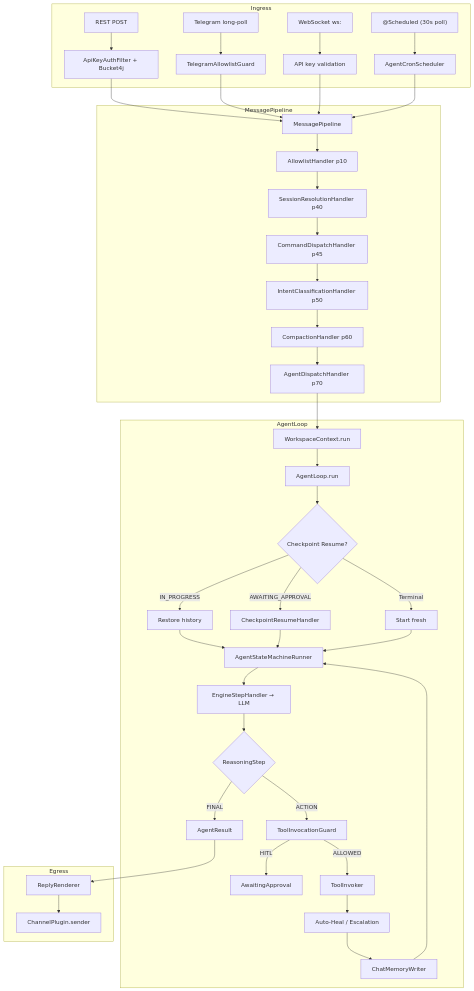
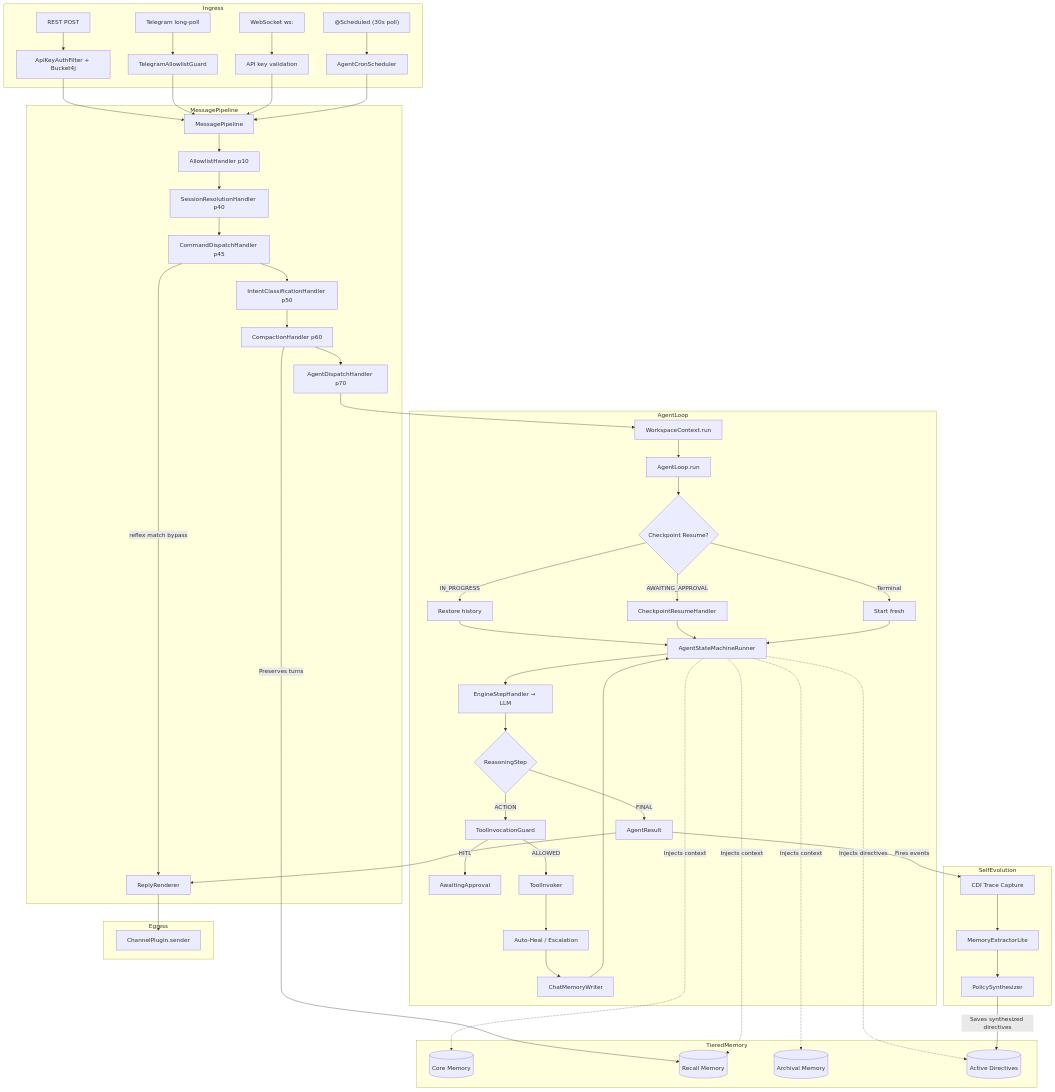
One commit to rsrini7/AmshaAgent changed the fifth of 5 diagrams in docs/ARCHITECTURE.md. Above: the diagram before and after it, drawn with Mermaid. The commit also changed other lines of this file and 15 other files, not shown here.

````diff
--- a/docs/ARCHITECTURE.md
+++ b/docs/ARCHITECTURE.md
@@ -975,48 +1019,69 @@
 ```mermaid
 graph TD
     subgraph Ingress
         REST[REST POST] --> AUTH[ApiKeyAuthFilter + Bucket4j]
         TG[Telegram long-poll] --> TGG[TelegramAllowlistGuard]
         WS[WebSocket ws:] --> WSA[API key validation]
         CRON["@Scheduled (30s poll)"] --> CRONP[AgentCronScheduler]
     end
 
     subgraph MessagePipeline
         AUTH --> MP[MessagePipeline]
         TGG --> MP
         WSA --> MP
         CRONP --> MP
         MP --> H10[AllowlistHandler p10]
         H10 --> H40[SessionResolutionHandler p40]
         H40 --> H45[CommandDispatchHandler p45]
         H45 --> H50[IntentClassificationHandler p50]
+        H45 -->|reflex match bypass| RENDER
         H50 --> H60[CompactionHandler p60]
         H60 --> H70[AgentDispatchHandler p70]
+    end
+
+    subgraph TieredMemory
+        Core[(Core Memory)]
+        Recall[(Recall Memory)]
+        Archival[(Archival Memory)]
+        Directives[(Active Directives)]
     end
 
     subgraph AgentLoop
         H70 --> WC[WorkspaceContext.run]
         WC --> AL[AgentLoop.run]
         AL --> CR{Checkpoint Resume?}
         CR -->|IN_PROGRESS| RESTORE[Restore history]
         CR -->|AWAITING_APPROVAL| CRH[CheckpointResumeHandler]
         CR -->|Terminal| FRESH[Start fresh]
         RESTORE --> SM[AgentStateMachineRunner]
         CRH --> SM
         FRESH --> SM
         SM --> LLM[EngineStepHandler → LLM]
         LLM --> RS{ReasoningStep}
         RS -->|FINAL| DONE[AgentResult]
         RS -->|ACTION| TIG[ToolInvocationGuard]
         TIG -->|HITL| PAUSE[AwaitingApproval]
         TIG -->|ALLOWED| INV[ToolInvoker]
         INV --> AH[Auto-Heal / Escalation]
         AH --> MEM[ChatMemoryWriter]
         MEM --> SM
     end
 
+    subgraph SelfEvolution
+        Trace[CDI Trace Capture] --> Ext[MemoryExtractorLite]
+        Ext --> Syn[PolicySynthesizer]
+    end
+
+    H60 -->|Preserves turns| Recall
+    SM -.->|Injects context| Core
+    SM -.->|Injects context| Recall
+    SM -.->|Injects context| Archival
+    SM -.->|Injects directives| Directives
+    DONE -->|Fires events| Trace
+    Syn -->|Saves synthesized directives| Directives
+
     subgraph Egress
         DONE --> RENDER[ReplyRenderer]
         RENDER --> SEND[ChannelPlugin.sender]
     end
 ```
````
